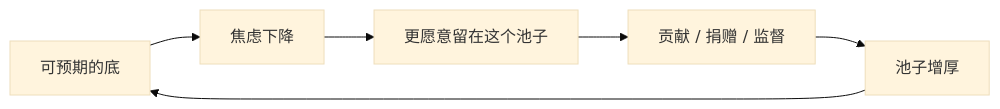
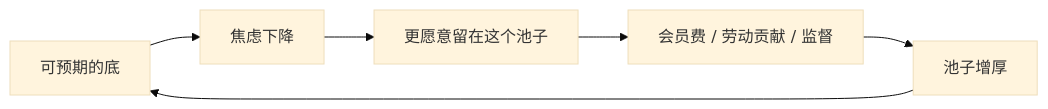
The third of 5 diagrams in docs/design/mechanism-overview.md (lengzhao/secure-base), drawn with Mermaid (base theme) before and after one commit. The commit also changed other lines of this file and 17 other files, not shown here.

````diff
--- a/docs/design/mechanism-overview.md
+++ b/docs/design/mechanism-overview.md
@@ -242,8 +143,8 @@
 ```mermaid
 flowchart LR
     A[可预期的底] --> B[焦虑下降]
     B --> C[更愿意留在这个池子]
-    C --> D[贡献 / 捐赠 / 监督]
+    C --> D[会员费 / 劳动贡献 / 监督]
     D --> E[池子增厚]
     E --> A
 ```
````
